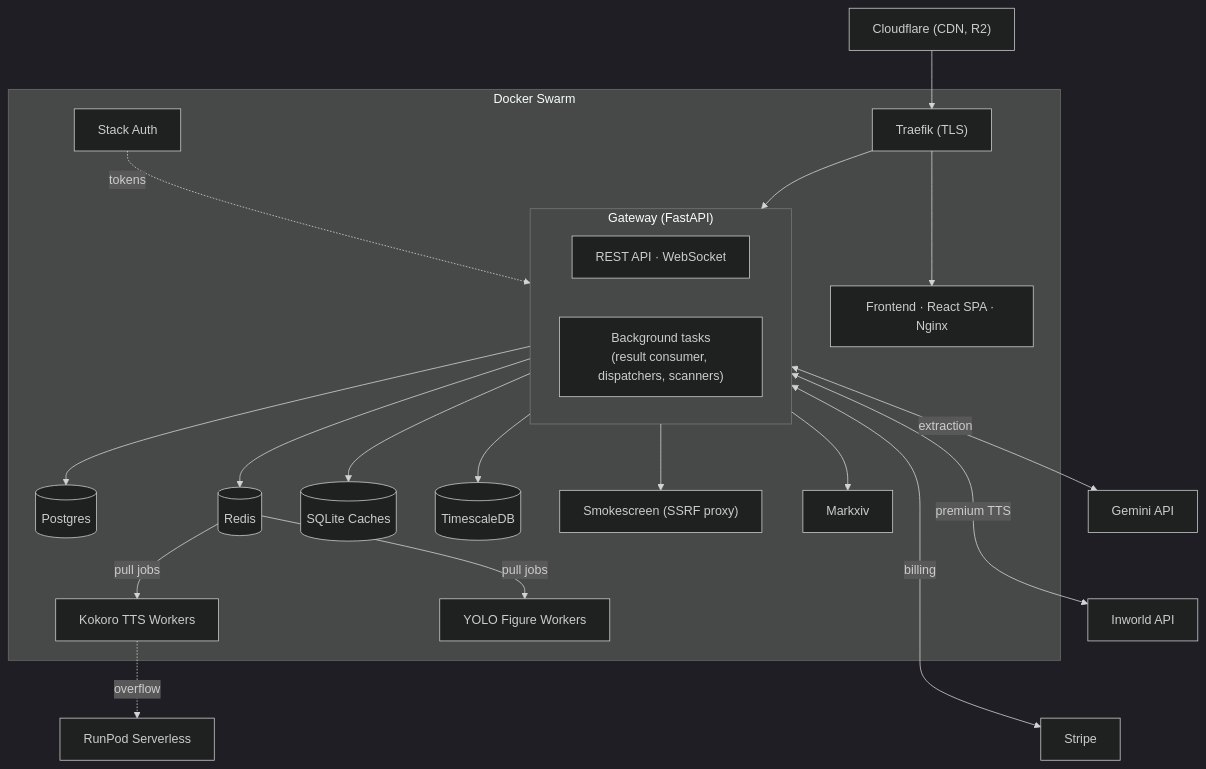
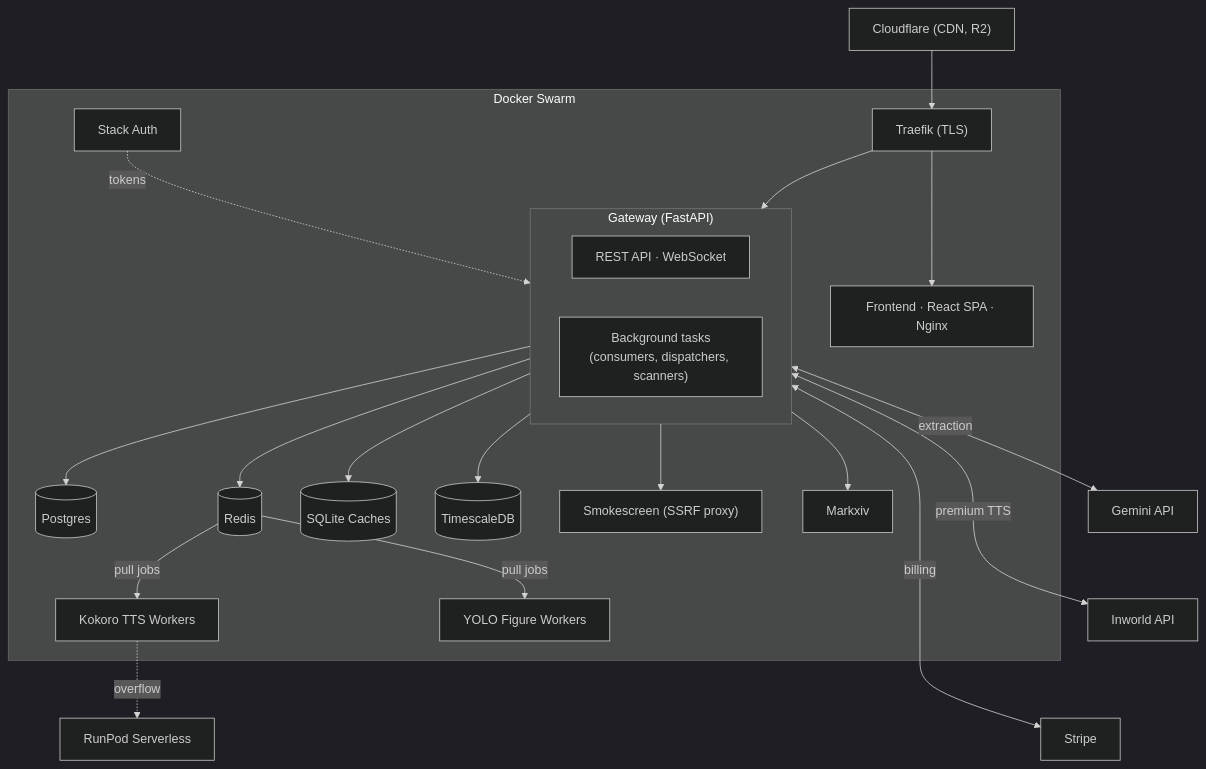
The first of 7 diagrams in docs/architecture.md (yapit-tts/yapit), drawn with Mermaid (dark theme) before and after one commit. The commit also changed other lines of this file and 2 other files, not shown here.

First line of the commit message:
docs: rewrite architecture.md — trim implementation detail, update diagrams

````diff
--- a/docs/architecture.md
+++ b/docs/architecture.md
@@ -5,33 +5,33 @@
 ```mermaid
 flowchart TD
     CF["Cloudflare (CDN, R2)"] --> Traefik
 
     subgraph swarm ["Docker Swarm"]
         Traefik["Traefik (TLS)"] --> Frontend["Frontend · React SPA · Nginx"]
         Traefik --> GW
 
         Auth["Stack Auth"] -.->|tokens| GW
 
         subgraph GW ["Gateway (FastAPI)"]
             direction LR
             API["REST API · WebSocket"]
-            BG["Background tasks<br/>(result consumer, dispatchers, scanners)"]
+            BG["Background tasks<br/>(consumers, dispatchers, scanners)"]
         end
 
         GW --> PG[(Postgres)] & Redis[(Redis)] & SQLite[(SQLite Caches)]
         GW --> TS[(TimescaleDB)]
 
         GW --> Smoke["Smokescreen (SSRF proxy)"]
         GW --> Markxiv["Markxiv"]
 
         Redis -->|pull jobs| Kokoro["Kokoro TTS Workers"]
         Redis -->|pull jobs| YOLO["YOLO Figure Workers"]
     end
 
     Gemini["Gemini API"] ~~~ Inworld["Inworld API"] ~~~ Stripe
 
     GW <-->|extraction| Gemini
     GW <-->|premium TTS| Inworld
     GW <-->|billing| Stripe
     Kokoro -.->|overflow| RunPod["RunPod Serverless"]
 ```
````
